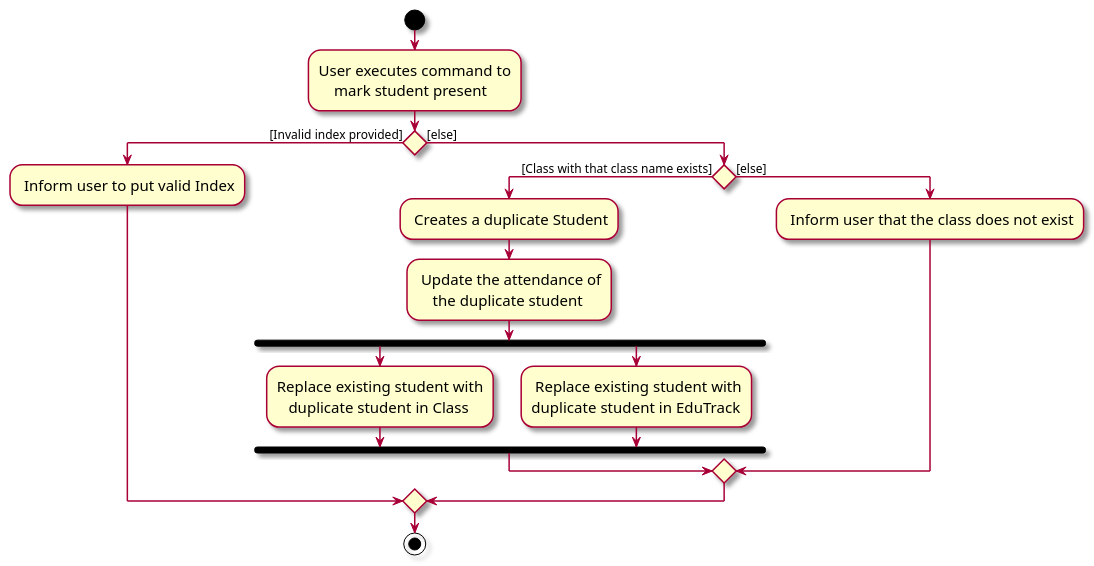
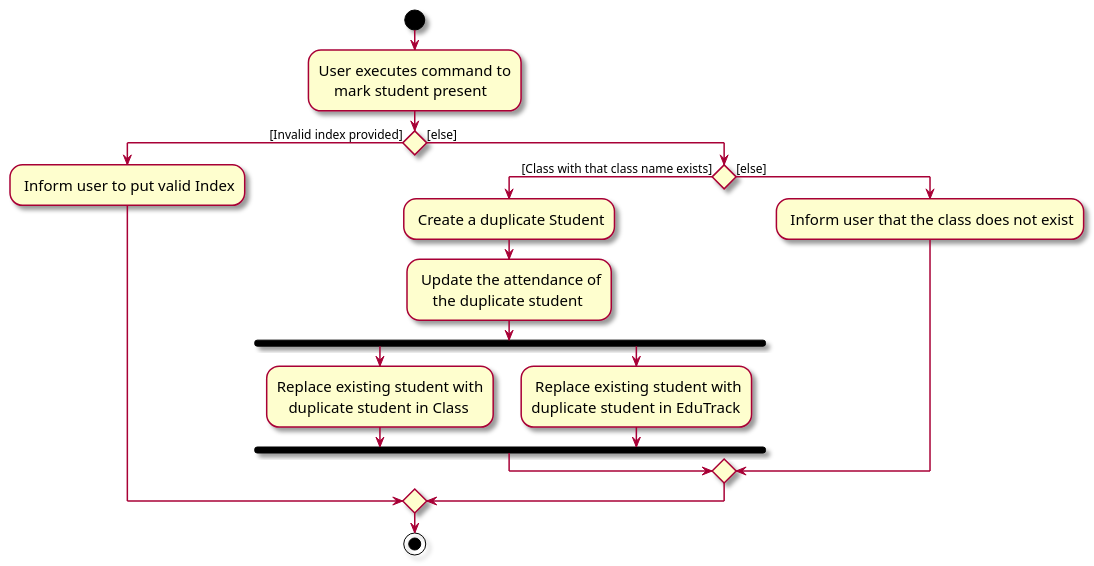
Before and after one commit to AY2324S1-CS2103T-T15-3/tp: the diagram in diagrams/MarkStudentActivityDiagram.puml, drawn with PlantUML. The commit also changed 33 other files, not shown here.

```diff
--- a/diagrams/MarkStudentActivityDiagram.puml
+++ b/diagrams/MarkStudentActivityDiagram.puml
@@ -1,28 +1,28 @@
 @startuml
 skin rose
 skinparam ActivityFontSize 15
 skinparam ArrowFontSize 12
 start
 :User executes command to
     mark student present;
 
 if () then ([Invalid index provided])
     : Inform user to put valid Index;
 else ([else])
     if () then ([Class with that class name exists])
-            : Creates a duplicate Student;
+            : Create a duplicate Student;
             : Update the attendance of
                 the duplicate student;
             fork
                 :Replace existing student with
                    duplicate student in Class;
             fork again
                 : Replace existing student with
                 duplicate student in EduTrack;
             end fork
     else ([else])
         : Inform user that the class does not exist;
     endif
 endif
 stop
 @enduml
```
